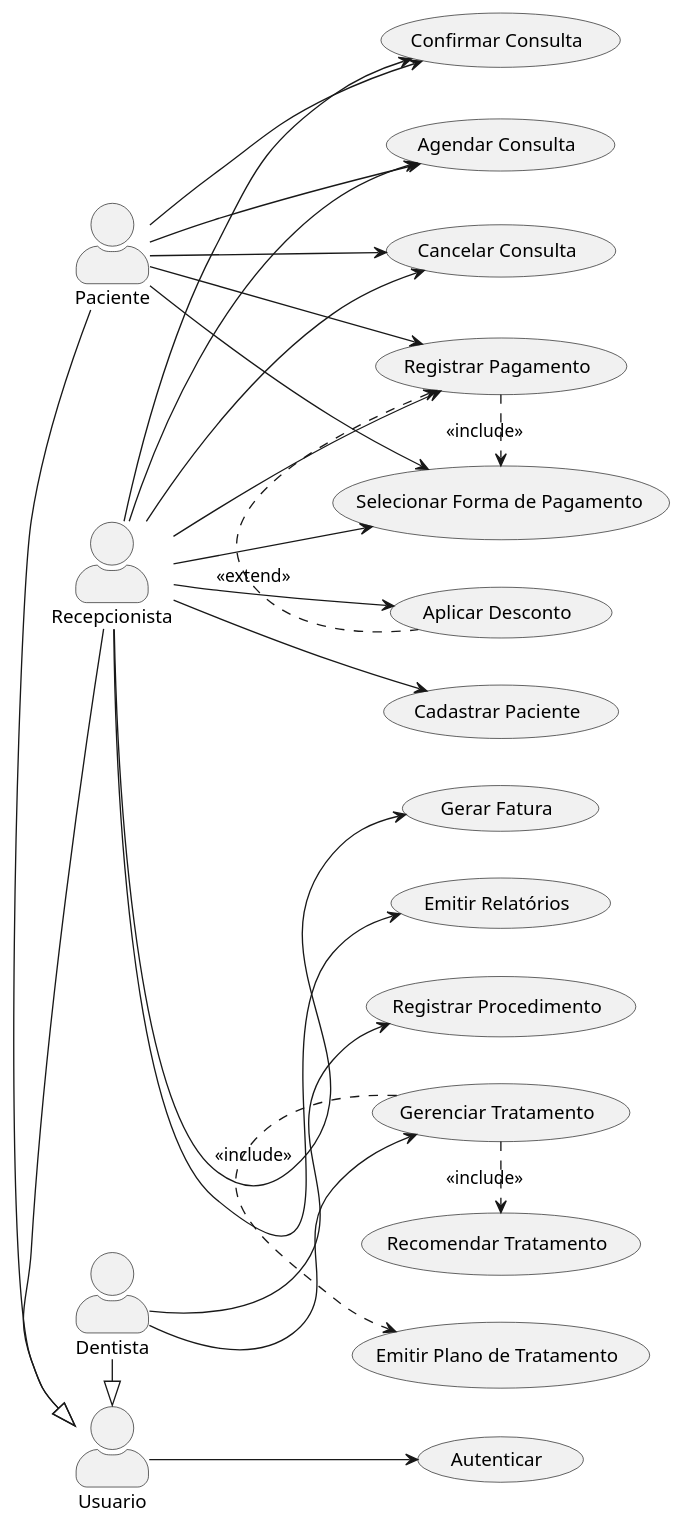
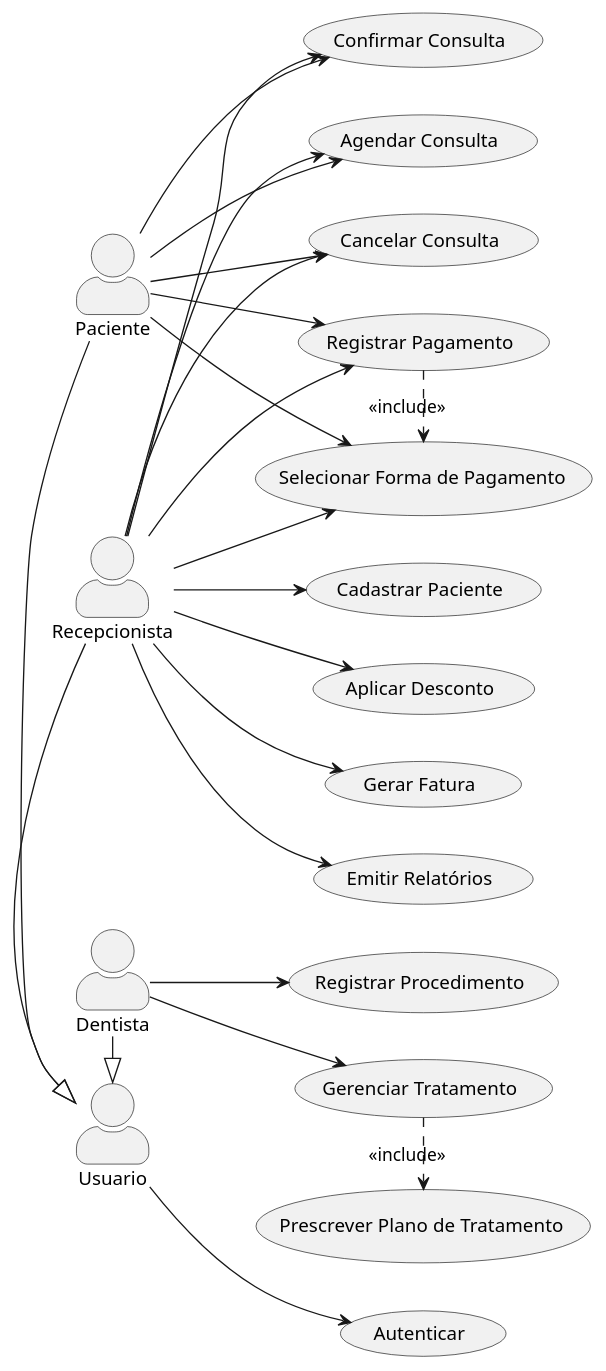
Before and after one commit to HugoWatzl/SIGO: the diagram in Diagramas/Casos de uso/Casos de uso.plantuml, drawn with PlantUML. The commit also changed 6 other files, not shown here.

```diff
--- a/Diagramas/Casos de uso/Casos de uso.plantuml
+++ b/Diagramas/Casos de uso/Casos de uso.plantuml
@@ -1,53 +1,52 @@
 @startuml
 
 left to right direction
 skinparam actorStyle awesome
 skinparam packageStyle rectangle
 
 ' ==== Atores ====
 actor Usuario
 actor Paciente
 actor Dentista
 actor Recepcionista
 
 ' Herança: todos herdam de Usuario para usar Autenticar
 Paciente -|> Usuario
 Dentista -|> Usuario
 Recepcionista -|> Usuario
 
 ' ==== Caso comum a todos ====
 (Autenticar)
 Usuario --> (Autenticar)
 
 ' ==== Casos compartilhados ====
 (Paciente) --> (Agendar Consulta)
 (Recepcionista) --> (Agendar Consulta)
 
 (Paciente) --> (Confirmar Consulta)
 (Recepcionista) --> (Confirmar Consulta)
 
 (Paciente) --> (Cancelar Consulta)
 (Recepcionista) --> (Cancelar Consulta)
 
 (Paciente) --> (Registrar Pagamento)
 (Recepcionista) --> (Registrar Pagamento)
 
 (Paciente) --> (Selecionar Forma de Pagamento)
 (Recepcionista) --> (Selecionar Forma de Pagamento)
 
 (Registrar Pagamento) .> (Selecionar Forma de Pagamento) : <<include>>
-(Registrar Pagamento) <. (Aplicar Desconto) : <<extend>>
+
 
 ' ==== Casos específicos da Recepcionista ====
 Recepcionista --> (Cadastrar Paciente)
 Recepcionista --> (Aplicar Desconto)
 Recepcionista --> (Gerar Fatura)
 Recepcionista --> (Emitir Relatórios)
 
 ' ==== Casos específicos do Dentista ====
 Dentista --> (Registrar Procedimento)
 Dentista --> (Gerenciar Tratamento)
-(Gerenciar Tratamento) .> (Emitir Plano de Tratamento) : <<include>>
-(Gerenciar Tratamento) .> (Recomendar Tratamento) : <<include>>
+(Gerenciar Tratamento) .> (Prescrever Plano de Tratamento) : <<include>>
 
 @enduml
```
